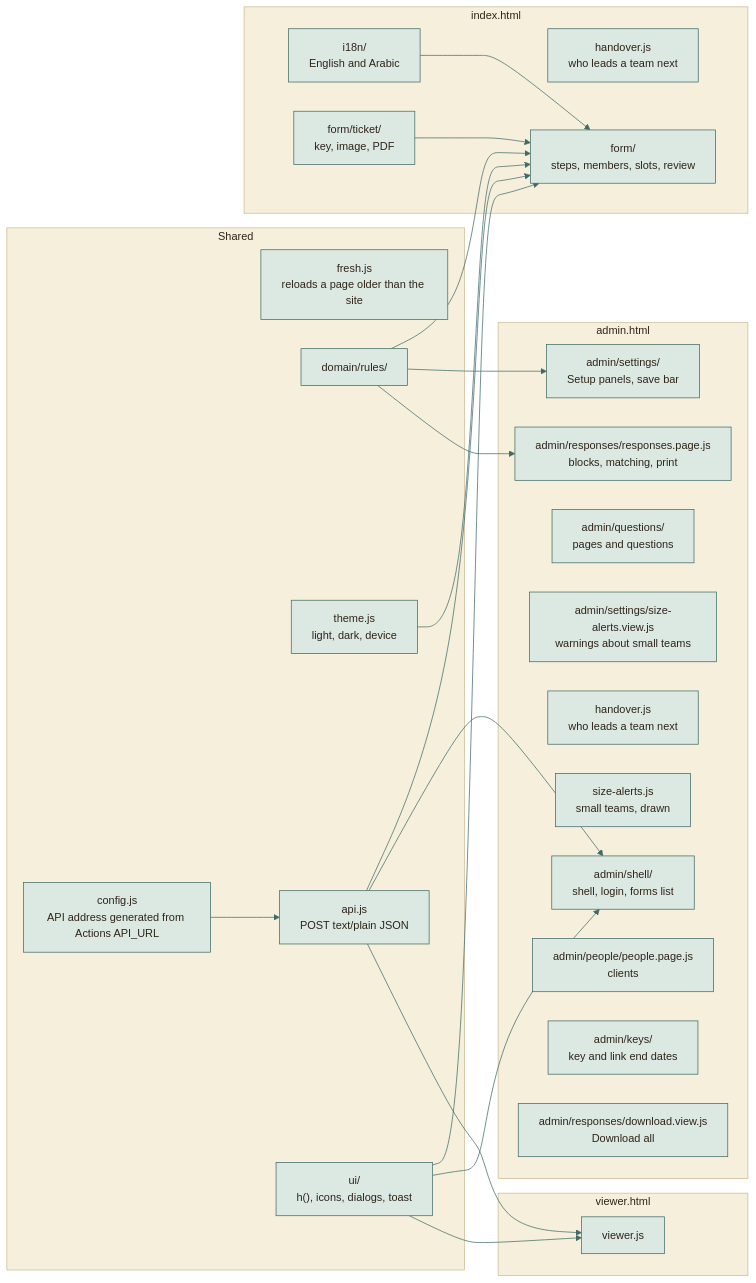
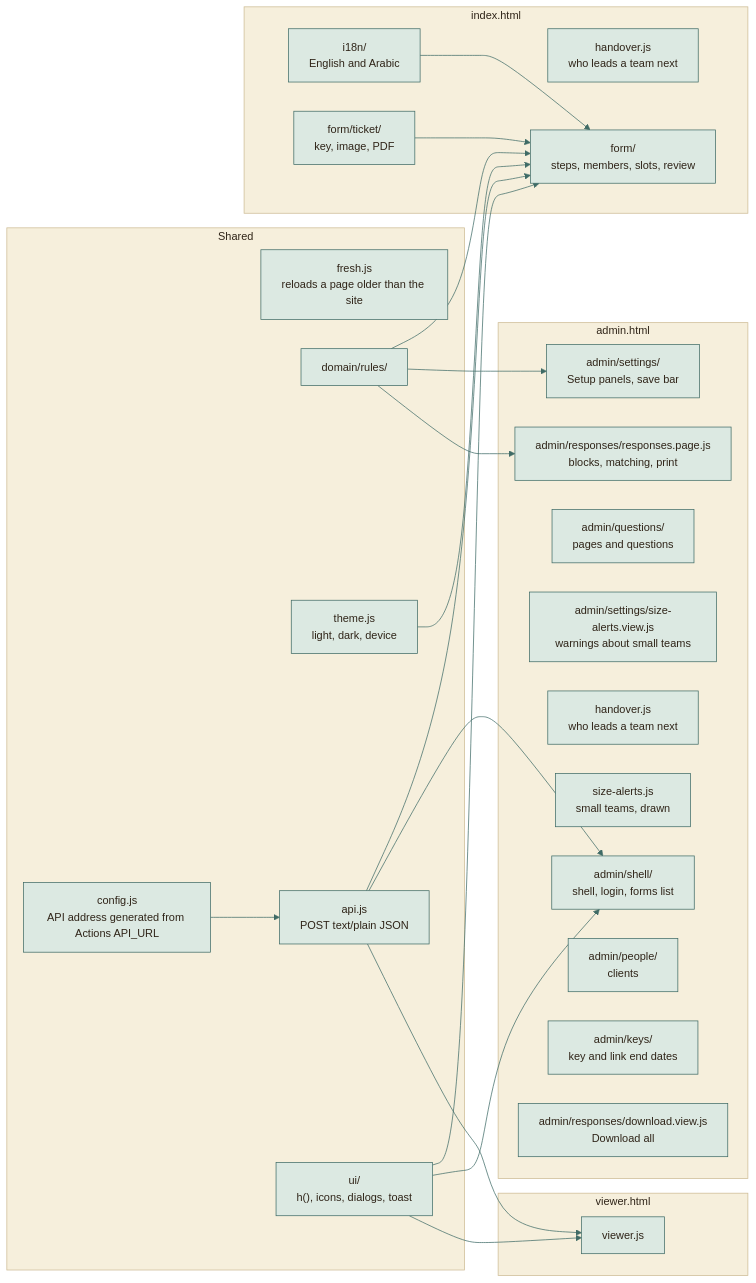
The tenth of 12 diagrams in docs/architecture/ARCHITECTURE.md (moyeh04/forms-platform), drawn with Mermaid before and after one commit. The commit also changed other lines of this file and 8 other files, not shown here.

First line of the commit message:
refactor(web): Split the clients page into its parts

````diff
--- a/docs/architecture/ARCHITECTURE.md
+++ b/docs/architecture/ARCHITECTURE.md
@@ -695,73 +695,73 @@
 ```mermaid
 %%{init: {
   'theme': 'base',
   'themeVariables': {
     'fontFamily': 'ui-sans-serif, system-ui, -apple-system, Segoe UI, Roboto, sans-serif',
     'fontSize': '15px',
     'primaryColor': '#DCE9E2', 'primaryBorderColor': '#3F6B66', 'primaryTextColor': '#2F2418',
     'secondaryColor': '#F0E4C8', 'secondaryBorderColor': '#C9A24A', 'secondaryTextColor': '#2F2418',
     'tertiaryColor': '#F6EFDC', 'tertiaryBorderColor': '#CDBB94', 'tertiaryTextColor': '#2F2418',
     'lineColor': '#3F6B66', 'textColor': '#2F2418', 'mainBkg': '#DCE9E2', 'nodeBorder': '#3F6B66',
     'clusterBkg': '#F6EFDC', 'clusterBorder': '#CDBB94', 'titleColor': '#2F2418',
     'edgeLabelBackground': '#F8F1DD',
     'actorBkg': '#DCE9E2', 'actorBorder': '#3F6B66', 'actorTextColor': '#2F2418', 'actorLineColor': '#8FB3AB',
     'signalColor': '#477A73', 'signalTextColor': '#477A73',
     'labelBoxBkgColor': '#F0E4C8', 'labelBoxBorderColor': '#C9A24A', 'labelTextColor': '#2F2418', 'loopTextColor': '#6A5A44',
     'noteBkgColor': '#FBEFC9', 'noteBorderColor': '#C9A24A', 'noteTextColor': '#2F2418',
     'activationBkgColor': '#DCE9E2', 'activationBorderColor': '#3F6B66', 'sequenceNumberColor': '#F8F1DD',
     'transitionColor': '#3F6B66', 'stateLabelColor': '#2F2418', 'stateBkg': '#DCE9E2', 'altBackground': '#F6EFDC',
     'attributeBackgroundColorOdd': '#F8F1DD', 'attributeBackgroundColorEven': '#F0E4C8'
   },
   'flowchart': {'curve': 'basis', 'padding': 14, 'nodeSpacing': 40, 'rankSpacing': 46},
   'sequence': {'mirrorActors': false, 'messageMargin': 34, 'boxMargin': 8}
 }}%%
 flowchart LR
     subgraph shared["Shared"]
         cfg["config.js<br/>API address generated from Actions API_URL"]
         fr["fresh.js<br/>reloads a page older than the site"]
         rl["domain/rules/"]
         th["theme.js<br/>light, dark, device"]
         api["api.js<br/>POST text/plain JSON"]
         ui["ui/<br/>h(), icons, dialogs, toast"]
     end
     subgraph student["index.html"]
         i18n["i18n/<br/>English and Arabic"]
         tk["form/ticket/<br/>key, image, PDF"]
         h1["handover.js<br/>who leads a team next"]
         fm["form/<br/>steps, members, slots, review"]
     end
     subgraph adminp["admin.html"]
         a1["admin/shell/<br/>shell, login, forms list"]
         a2["admin/settings/<br/>Setup panels, save bar"]
         a8["admin/questions/<br/>pages and questions"]
         a7["admin/settings/size-alerts.view.js<br/>warnings about small teams"]
         h2["handover.js<br/>who leads a team next"]
         s2["size-alerts.js<br/>small teams, drawn"]
         a3["admin/responses/responses.page.js<br/>blocks, matching, print"]
-        a4["admin/people/people.page.js<br/>clients"]
+        a4["admin/people/<br/>clients"]
         a5["admin/keys/<br/>key and link end dates"]
         a6["admin/responses/download.view.js<br/>Download all"]
     end
     subgraph viewerp["viewer.html"]
         v1["viewer.js"]
     end
     cfg --> api
     api --> fm
     api --> a1
     api --> v1
     rl --> fm
     rl --> a2
     rl --> a3
     ui --> fm
     ui --> a1
     ui --> v1
     th --> fm
     i18n --> fm
     tk --> fm
     classDef cDb fill:#F3E2B3,stroke:#B8892D,stroke-width:1.5px,color:#2F2418
     classDef cActor fill:#F4D9D3,stroke:#9A3328,stroke-width:1.5px,color:#2F2418
     classDef cDec fill:#FBEFC9,stroke:#C9A24A,stroke-width:1.5px,color:#2F2418
     classDef cEnd fill:#2F2418,stroke:#2F2418,color:#F8F1DD
     classDef cErr fill:#F6D5CF,stroke:#A12B1F,stroke-width:1.5px,color:#5A140C
     classDef cOk fill:#BFD9CF,stroke:#2E5A55,stroke-width:1.5px,color:#17302D
 ```
````
